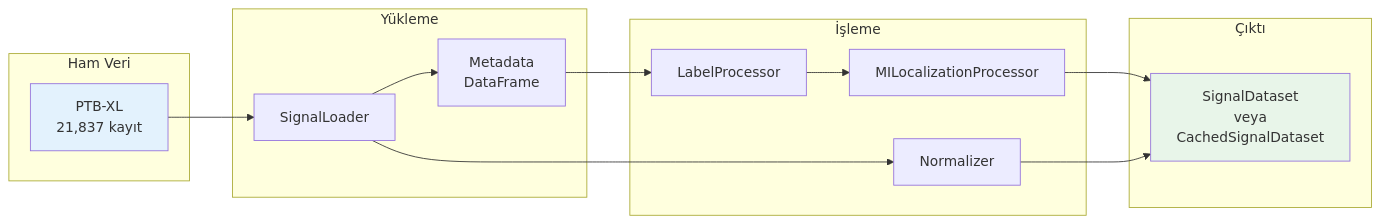
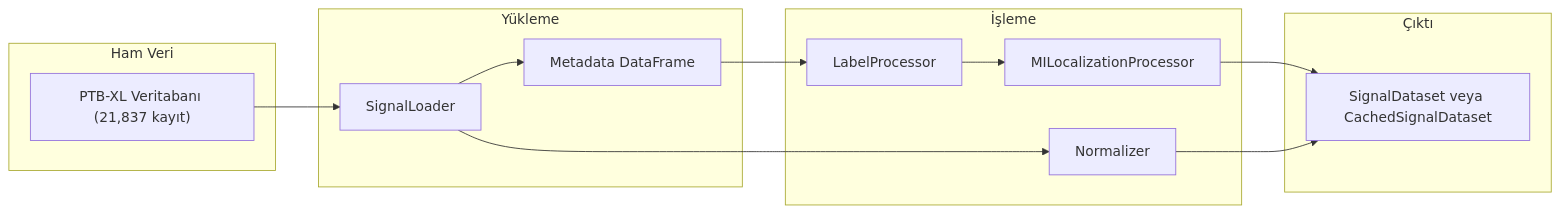
The fourth of 12 diagrams in docs/diagrams/03_class_diagram.md (mUsaulug/CardioGuard-AI), drawn with Mermaid before and after one commit. The commit also changed other lines of this file and 5 other files, not shown here.

````diff
--- a/docs/diagrams/03_class_diagram.md
+++ b/docs/diagrams/03_class_diagram.md
@@ -243,28 +227,25 @@
 ```mermaid
 graph LR
-    subgraph Raw["Ham Veri"]
-        PTBXL["PTB-XL<br/>21,837 kayıt"]
+    subgraph Ham_Veri["Ham Veri"]
+        PTBXL["PTB-XL Veritabanı (21,837 kayıt)"]
     end
     
-    subgraph Loading["Yükleme"]
+    subgraph Yukleme["Yükleme"]
         LOADER["SignalLoader"]
-        META["Metadata<br/>DataFrame"]
+        META["Metadata DataFrame"]
     end
     
-    subgraph Processing["İşleme"]
+    subgraph Isleme["İşleme"]
         LABEL["LabelProcessor"]
         MILOC["MILocalizationProcessor"]
         NORM["Normalizer"]
     end
     
-    subgraph Output["Çıktı"]
-        DS["SignalDataset<br/>veya<br/>CachedSignalDataset"]
+    subgraph Cikti["Çıktı"]
+        DS["SignalDataset veya CachedSignalDataset"]
     end
     
     PTBXL --> LOADER --> META
     META --> LABEL --> MILOC --> DS
     LOADER --> NORM --> DS
-    
-    style PTBXL fill:#e3f2fd
-    style DS fill:#e8f5e9
 ```
````
